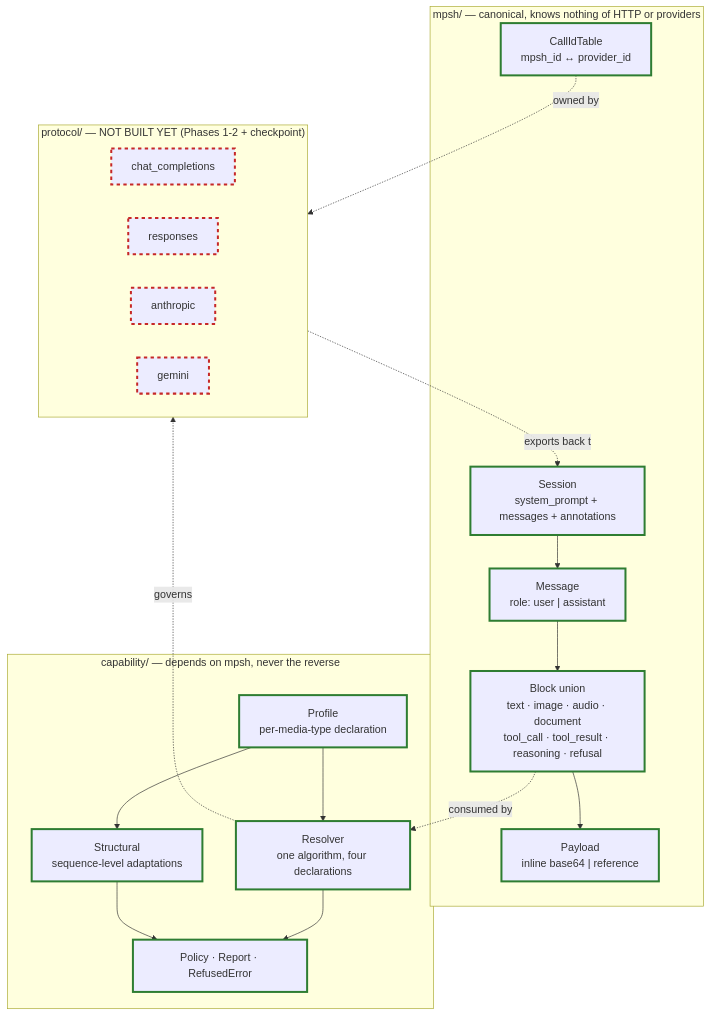
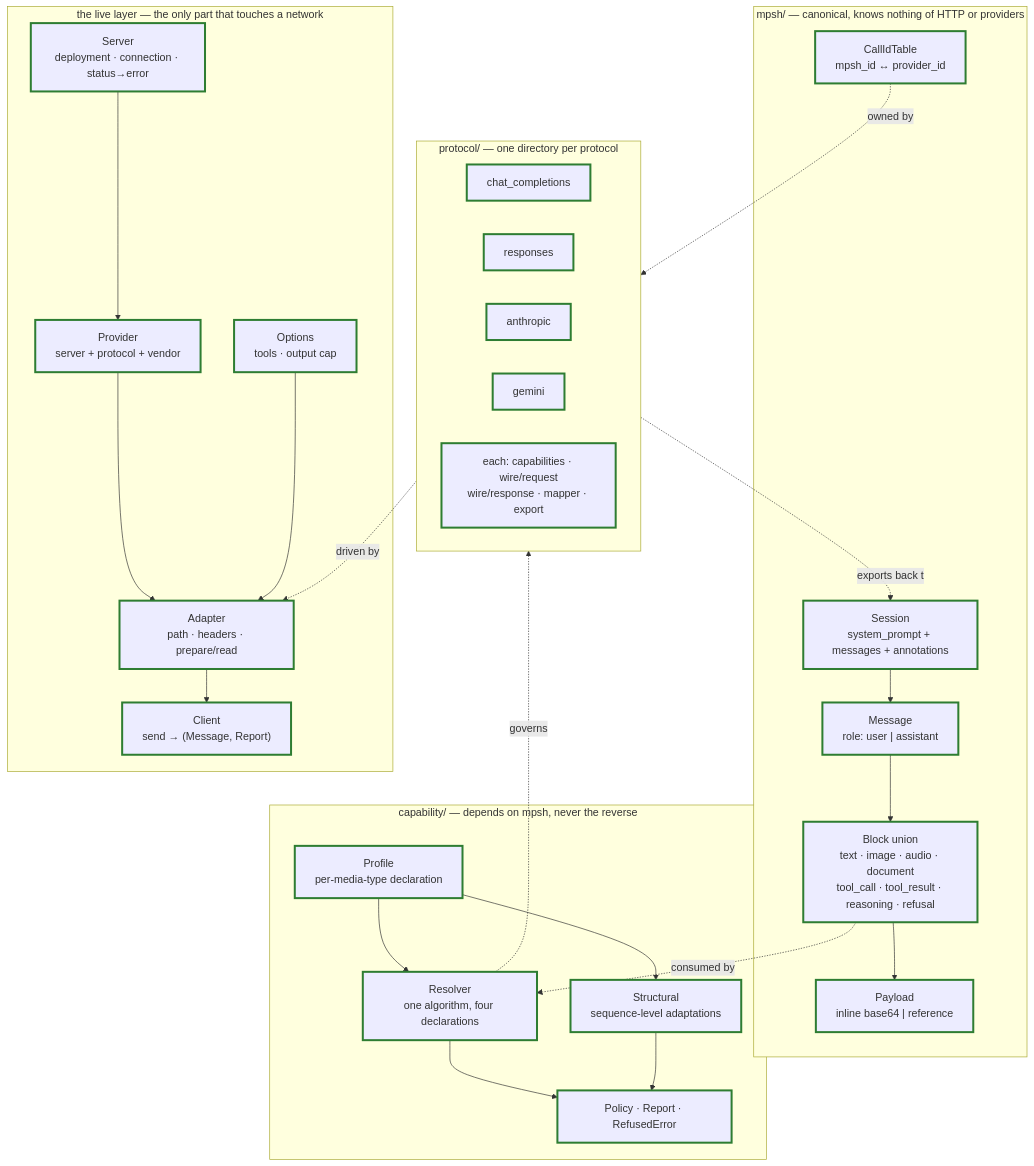
The first of 2 diagrams in DEVELOPMENT.md (nogginly/elelem.cr), drawn with Mermaid before and after one commit. The commit also changed other lines of this file and 3 other files, not shown here.

First line of the commit message:
Update docs for Phase 3: live layer, per-server notes, worklist

````diff
--- a/DEVELOPMENT.md
+++ b/DEVELOPMENT.md
@@ -60,39 +60,49 @@
 ```mermaid
 flowchart TB
     subgraph MPSH["mpsh/ — canonical, knows nothing of HTTP or providers"]
         S["Session<br/>system_prompt + messages + annotations"]
         M["Message<br/>role: user | assistant"]
         B["Block union<br/>text · image · audio · document<br/>tool_call · tool_result · reasoning · refusal"]
         P["Payload<br/>inline base64 | reference"]
         T["CallIdTable<br/>mpsh_id ↔ provider_id"]
         S --> M --> B --> P
     end
 
     subgraph CAP["capability/ — depends on mpsh, never the reverse"]
         PR["Profile<br/>per-media-type declaration"]
         R["Resolver<br/>one algorithm, four declarations"]
         ST["Structural<br/>sequence-level adaptations"]
         PO["Policy · Report · RefusedError"]
         PR --> R
         PR --> ST
         R --> PO
         ST --> PO
     end
 
-    subgraph PROTO["protocol/ — NOT BUILT YET (Phases 1-2 + checkpoint)"]
+    subgraph PROTO["protocol/ — one directory per protocol"]
         C1["chat_completions"]
         C2["responses"]
         C3["anthropic"]
         C4["gemini"]
+        W["each: capabilities · wire/request<br/>wire/response · mapper · export"]
+    end
+
+    subgraph LIVE["the live layer — the only part that touches a network"]
+        SV["Server<br/>deployment · connection · status→error"]
+        PV["Provider<br/>server + protocol + vendor"]
+        AD["Adapter<br/>path · headers · prepare/read"]
+        CL["Client<br/>send → (Message, Report)"]
+        OP["Options<br/>tools · output cap"]
+        SV --> PV --> AD --> CL
+        OP --> AD
     end
 
     B -.consumed by.-> R
     R -.governs.-> PROTO
     T -.owned by.-> PROTO
     PROTO -.exports back to.-> S
+    PROTO -.driven by.-> AD
 
     classDef built stroke:#2e7d32,stroke-width:3px
-    classDef pending stroke:#c62828,stroke-width:3px,stroke-dasharray: 5 5
-    class S,M,B,P,T,PR,R,ST,PO built
-    class C1,C2,C3,C4 pending
+    class S,M,B,P,T,PR,R,ST,PO,C1,C2,C3,C4,W,SV,PV,AD,CL,OP built
 ```
````
